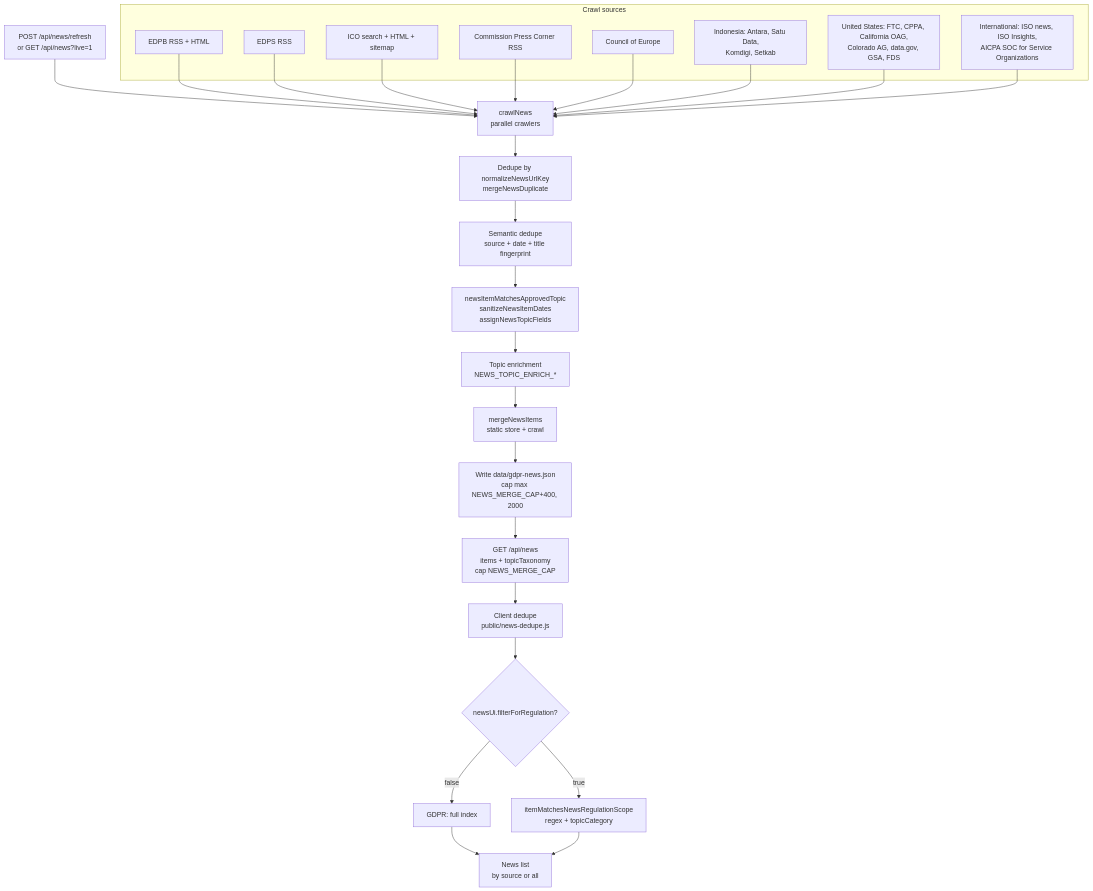
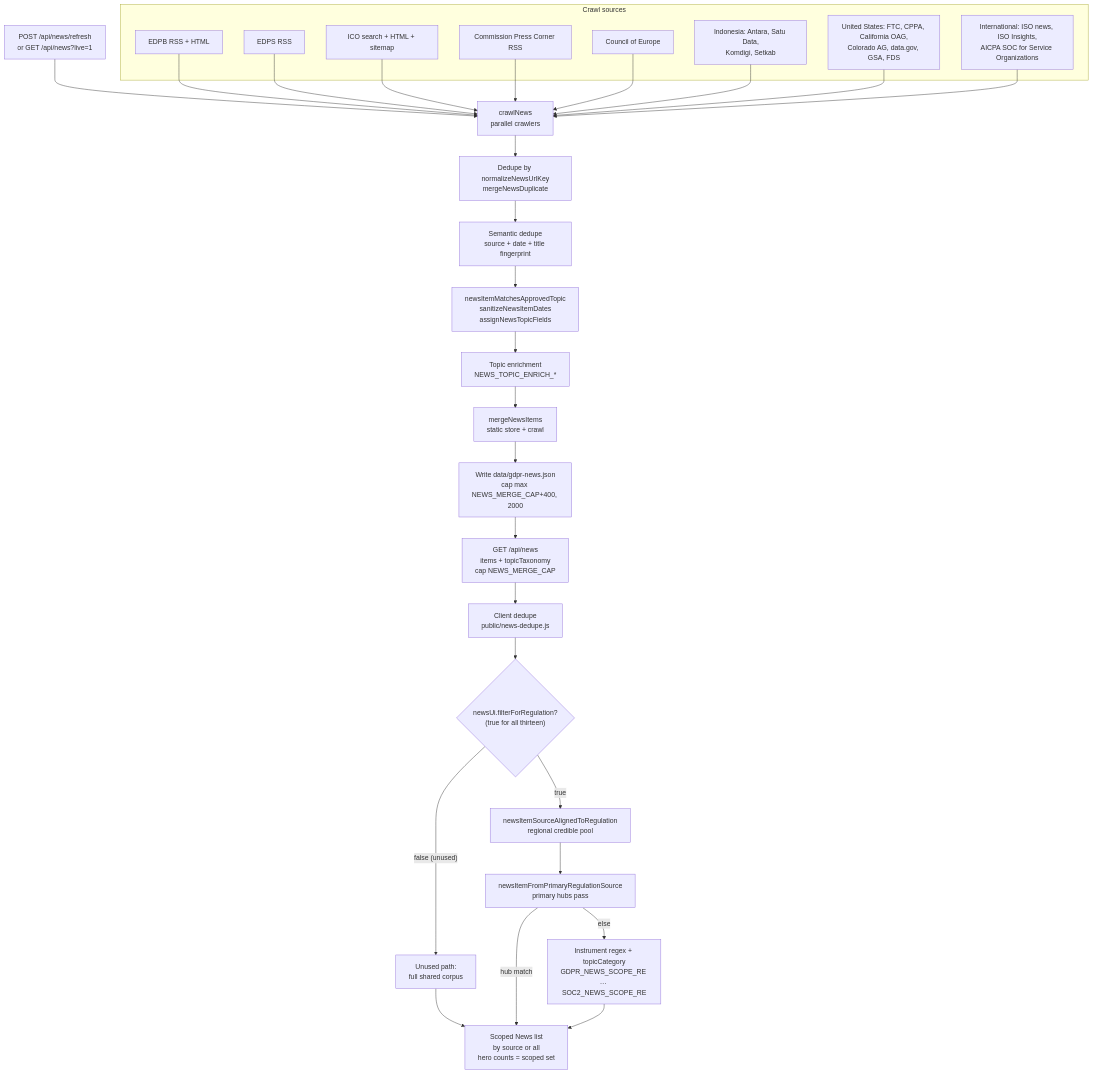
One commit to RifqiMT/gdpr-qa-platform changed the fifth of 6 diagrams in docs/VARIABLES.md. Above: the diagram before and after it, drawn with Mermaid. The commit also changed other lines of this file and 30 other files, not shown here.

First line of the commit message:
Release v1.3.1: News regional alignment, Browse policy summaries, region chrome polish, and documentation v3.2

````diff
--- a/docs/VARIABLES.md
+++ b/docs/VARIABLES.md
@@ -1178,43 +1190,47 @@
 ```mermaid
 flowchart TD
   TRIG["POST /api/news/refresh<br/>or GET /api/news?live=1"]
   CRAWL["crawlNews<br/>parallel crawlers"]
 
   subgraph Sources["Crawl sources"]
     EDPB["EDPB RSS + HTML"]
     EDPS["EDPS RSS"]
     ICO["ICO search + HTML + sitemap"]
     COM["Commission Press Corner RSS"]
     COE["Council of Europe"]
     IDN["Indonesia: Antara, Satu Data,<br/>Komdigi, Setkab"]
     USN["United States: FTC, CPPA, California OAG,<br/>Colorado AG, data.gov, GSA, FDS"]
     INTN["International: ISO news, ISO Insights,<br/>AICPA SOC for Service Organizations"]
   end
 
   URLK["Dedupe by normalizeNewsUrlKey<br/>mergeNewsDuplicate"]
   SEM["Semantic dedupe<br/>source + date + title fingerprint"]
   GATE["newsItemMatchesApprovedTopic<br/>sanitizeNewsItemDates<br/>assignNewsTopicFields"]
   ENR["Topic enrichment<br/>NEWS_TOPIC_ENRICH_*"]
   MERGE["mergeNewsItems<br/>static store + crawl"]
   STORE["Write data/gdpr-news.json<br/>cap max NEWS_MERGE_CAP+400, 2000"]
   API["GET /api/news<br/>items + topicTaxonomy<br/>cap NEWS_MERGE_CAP"]
   CLIENT["Client dedupe<br/>public/news-dedupe.js"]
-  FILT{"newsUi.filterForRegulation?"}
-  FULL["GDPR: full index"]
-  SCOPE["itemMatchesNewsRegulationScope<br/>regex + topicCategory"]
-  VIEW["News list<br/>by source or all"]
+  FILT{"newsUi.filterForRegulation?<br/>(true for all thirteen)"}
+  REGION["newsItemSourceAlignedToRegulation<br/>regional credible pool"]
+  PRIMARY["newsItemFromPrimaryRegulationSource<br/>primary hubs pass"]
+  SCOPE["Instrument regex + topicCategory<br/>GDPR_NEWS_SCOPE_RE … SOC2_NEWS_SCOPE_RE"]
+  VIEW["Scoped News list<br/>by source or all<br/>hero counts = scoped set"]
+  UNUSED["Unused path:<br/>full shared corpus"]
 
   TRIG --> CRAWL
   EDPB --> CRAWL
   EDPS --> CRAWL
   ICO --> CRAWL
   COM --> CRAWL
   COE --> CRAWL
   IDN --> CRAWL
   USN --> CRAWL
   INTN --> CRAWL
   CRAWL --> URLK --> SEM --> GATE --> ENR --> MERGE --> STORE
   STORE --> API --> CLIENT --> FILT
-  FILT -->|"false"| FULL --> VIEW
-  FILT -->|"true"| SCOPE --> VIEW
+  FILT -->|"false (unused)"| UNUSED --> VIEW
+  FILT -->|"true"| REGION --> PRIMARY
+  PRIMARY -->|"hub match"| VIEW
+  PRIMARY -->|"else"| SCOPE --> VIEW
 ```
````
